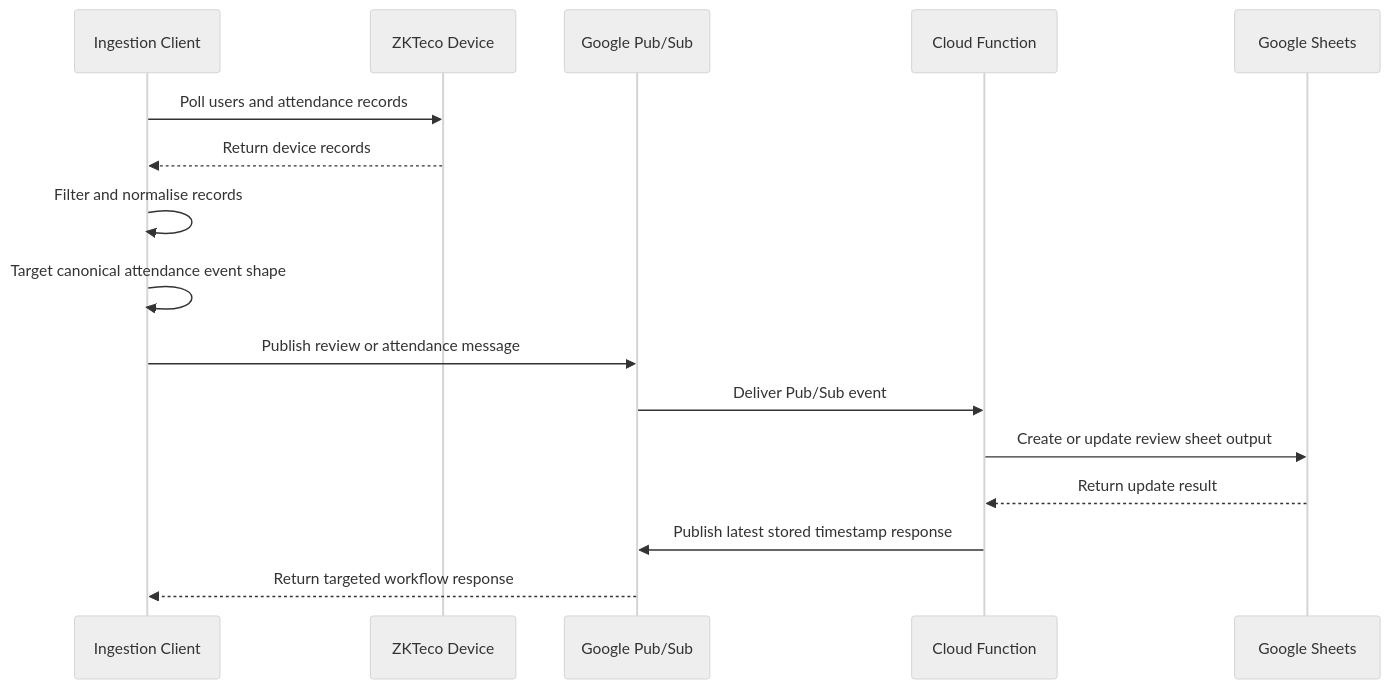
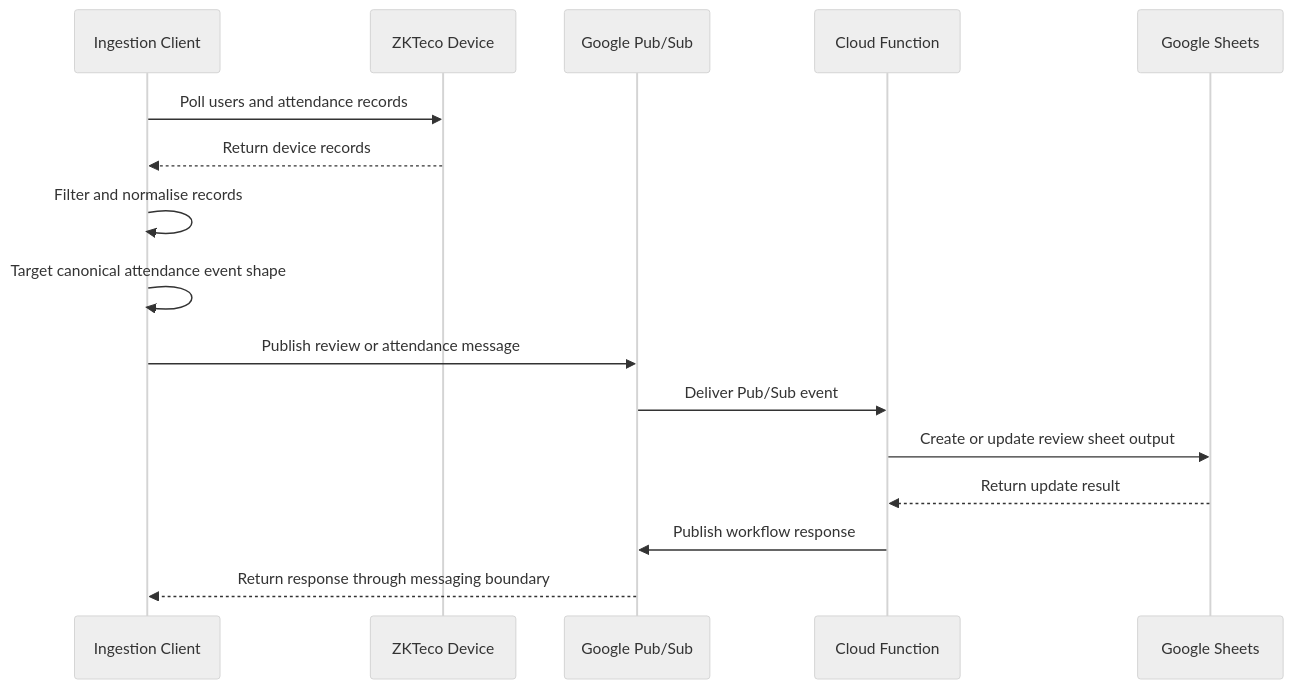
One commit to aitzaz-ahmad/attendance-automation changed the second of 2 diagrams in docs/architecture.md. Above: the diagram before and after it, drawn with Mermaid (neutral theme). The commit also changed other lines of this file and 36 other files, not shown here.

First line of the commit message:
ETLP-97: establishes documentation governance and complete architecture consolidation (#98)

````diff
--- a/docs/architecture.md
+++ b/docs/architecture.md
@@ -243,19 +194,19 @@
 ```mermaid
 sequenceDiagram
   participant Client as Ingestion Client
   participant Device as ZKTeco Device
   participant PubSub as Google Pub/Sub
   participant Function as Cloud Function
   participant Sheets as Google Sheets
 
   Client->>Device: Poll users and attendance records
   Device-->>Client: Return device records
   Client->>Client: Filter and normalise records
   Client->>Client: Target canonical attendance event shape
   Client->>PubSub: Publish review or attendance message
   PubSub->>Function: Deliver Pub/Sub event
   Function->>Sheets: Create or update review sheet output
   Sheets-->>Function: Return update result
-  Function->>PubSub: Publish latest stored timestamp response
-  PubSub-->>Client: Return targeted workflow response
+  Function->>PubSub: Publish workflow response
+  PubSub-->>Client: Return response through messaging boundary
 ```
````
